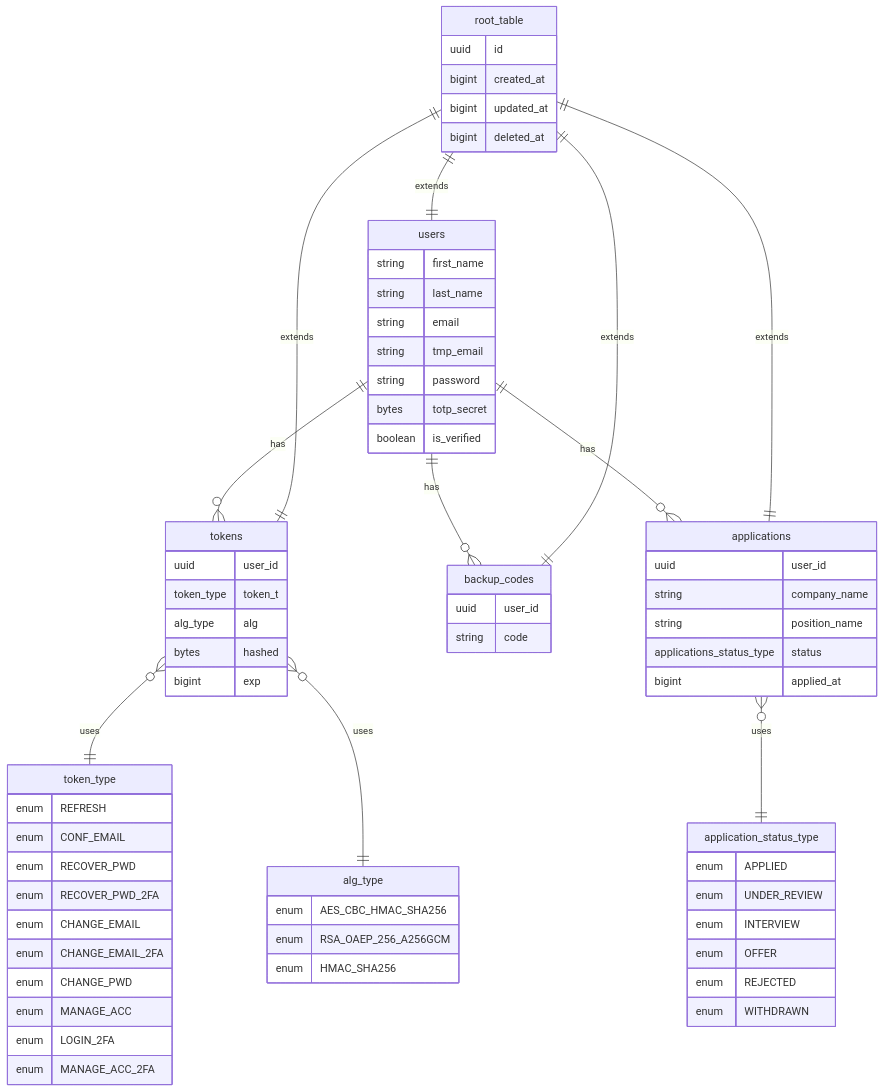
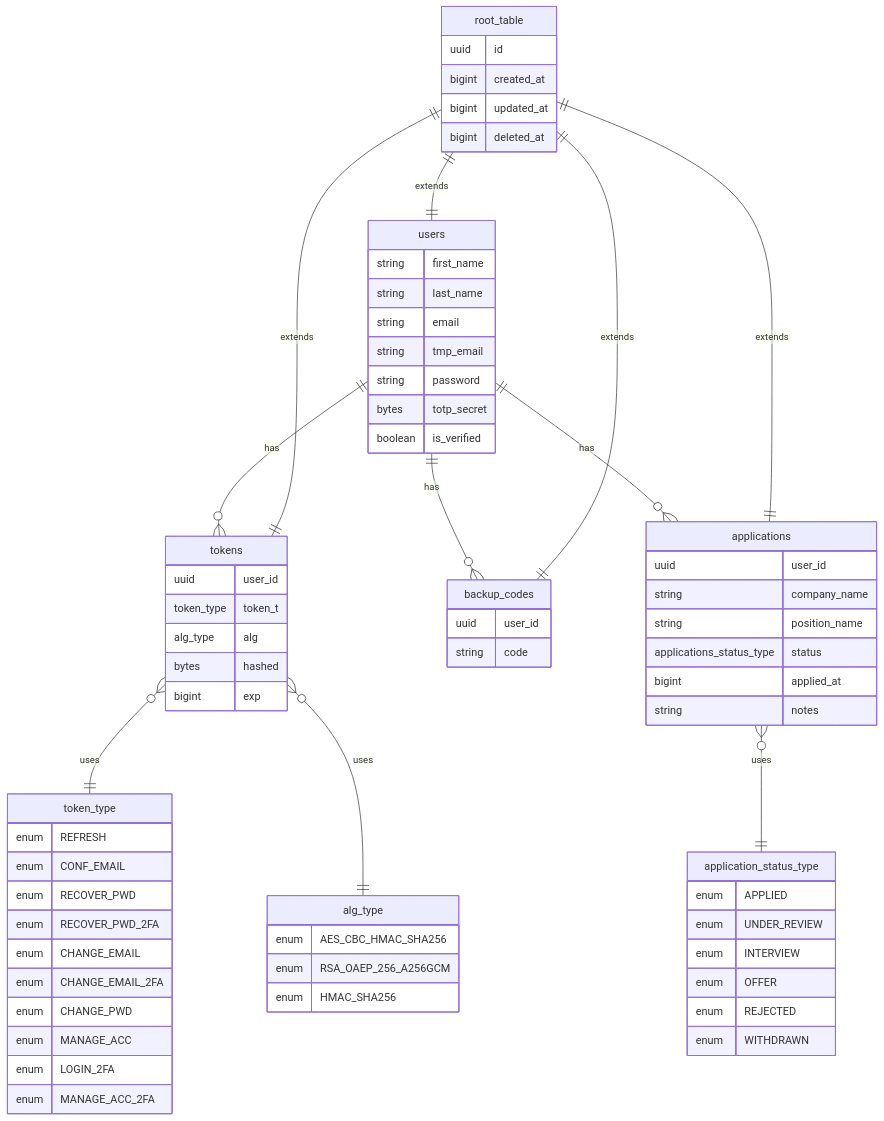
Before and after one commit to AlexanderMatveev2908/asp-job-application-tracker: the diagram in README.md, drawn with Mermaid. The commit also changed other lines of this file and 10 other files, not shown here.

````diff
--- a/README.md
+++ b/README.md
@@ -391,79 +389,80 @@
 ```mermaid
 erDiagram
   users ||--o{ tokens : has
   users ||--o{ backup_codes : has
   users ||--o{ applications : has
   tokens }o--|| token_type : uses
   tokens }o--|| alg_type : uses
   applications }o--||application_status_type : uses
   root_table ||--|| users : extends
   root_table ||--|| tokens : extends
   root_table ||--|| backup_codes : extends
   root_table ||--|| applications : extends
 
   root_table {
     uuid id
     bigint created_at
     bigint updated_at
     bigint deleted_at
   }
 
   users {
     string first_name
     string last_name
     string email
     string tmp_email
     string password
     bytes totp_secret
     boolean is_verified
   }
 
   backup_codes {
     uuid user_id
     string code
   }
 
   tokens {
     uuid user_id
     token_type token_t
     alg_type alg
     bytes hashed
     bigint exp
   }
 
   applications {
     uuid user_id
     string company_name
     string position_name
     applications_status_type status
     bigint applied_at
+    string notes
   }
 
   token_type {
     enum REFRESH
     enum CONF_EMAIL
     enum RECOVER_PWD
     enum RECOVER_PWD_2FA
     enum CHANGE_EMAIL
     enum CHANGE_EMAIL_2FA
     enum CHANGE_PWD
     enum MANAGE_ACC
     enum LOGIN_2FA
     enum MANAGE_ACC_2FA
   }
 
   alg_type {
     enum AES_CBC_HMAC_SHA256
     enum RSA_OAEP_256_A256GCM
     enum HMAC_SHA256
   }
 
   application_status_type {
   enum APPLIED
   enum UNDER_REVIEW
   enum INTERVIEW
   enum OFFER
   enum REJECTED
   enum WITHDRAWN
   }
 ```
````
